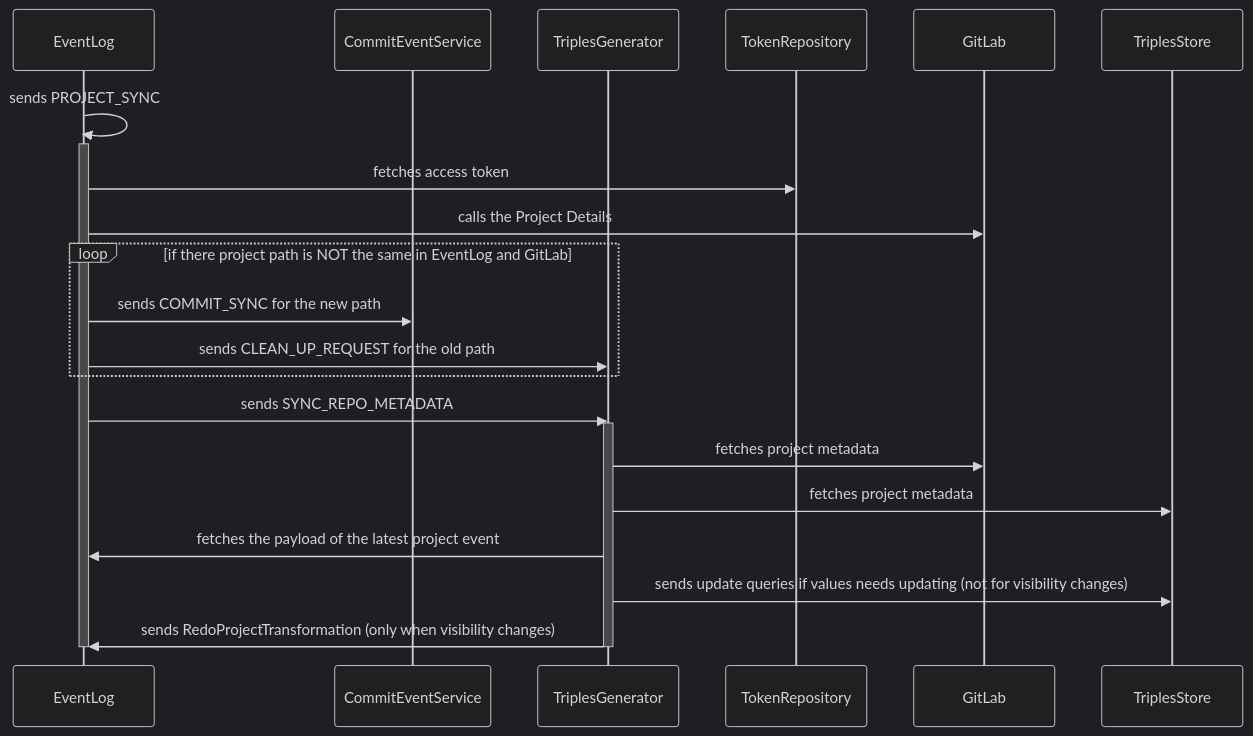
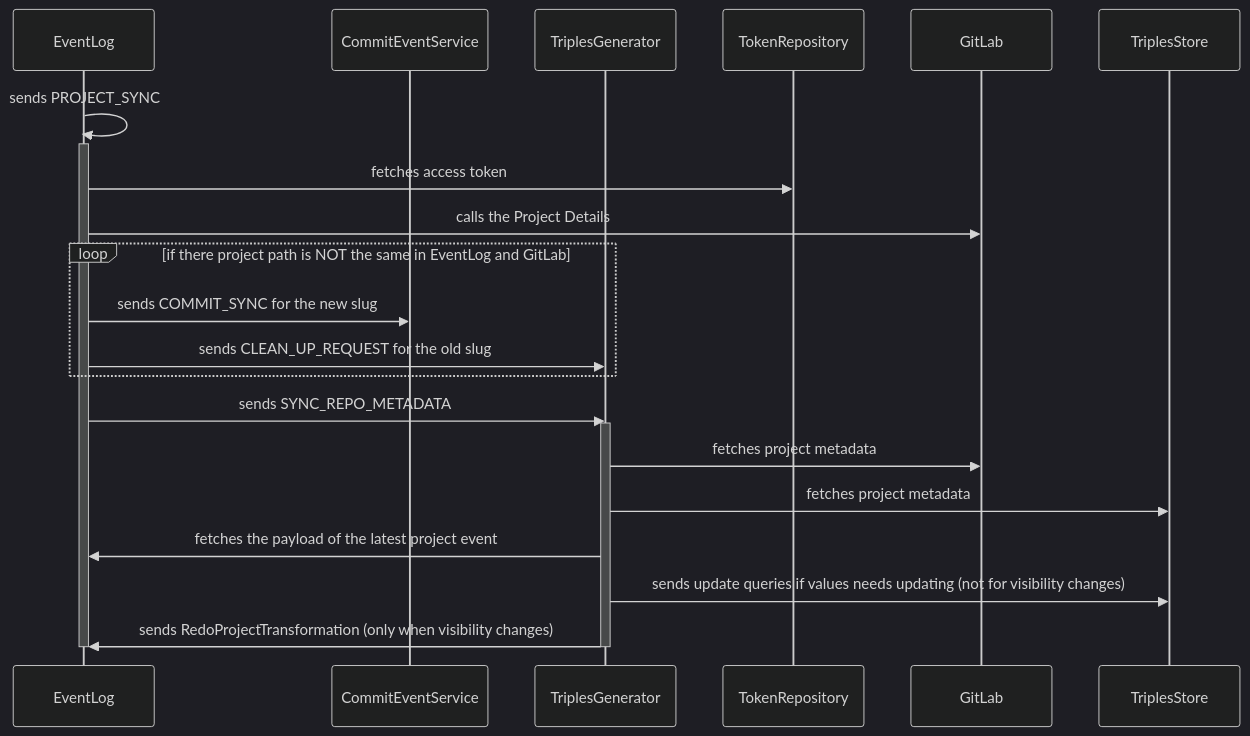
One commit to SwissDataScienceCenter/renku-graph changed the ninth of 10 diagrams in README.md. Above: the diagram before and after it, drawn with Mermaid (dark theme). The commit also changed 568 other files, not shown here.

Commit message:
refactor: projects.Path -> projects.Slug

````diff
--- a/README.md
+++ b/README.md
@@ -329,27 +329,27 @@
 ```mermaid
 sequenceDiagram
     participant EventLog
     participant CommitEventService
     participant TriplesGenerator
     participant TokenRepository
     participant GitLab
     participant TriplesStore
 
     EventLog ->> EventLog: sends PROJECT_SYNC
     activate EventLog
       EventLog ->> TokenRepository: fetches access token
       EventLog ->> GitLab: calls the Project Details
       loop if there project path is NOT the same in EventLog and GitLab
-        EventLog ->> CommitEventService: sends COMMIT_SYNC for the new path
-        EventLog ->> TriplesGenerator: sends CLEAN_UP_REQUEST for the old path
+        EventLog ->> CommitEventService: sends COMMIT_SYNC for the new slug
+        EventLog ->> TriplesGenerator: sends CLEAN_UP_REQUEST for the old slug
       end
       EventLog ->> TriplesGenerator: sends SYNC_REPO_METADATA
       activate TriplesGenerator
         TriplesGenerator ->> GitLab: fetches project metadata
         TriplesGenerator ->> TriplesStore: fetches project metadata
         TriplesGenerator ->> EventLog: fetches the payload of the latest project event
         TriplesGenerator ->> TriplesStore: sends update queries if values needs updating (not for visibility changes)
         TriplesGenerator ->> EventLog: sends RedoProjectTransformation (only when visibility changes)
       deactivate TriplesGenerator
     deactivate EventLog    
 ```
````
